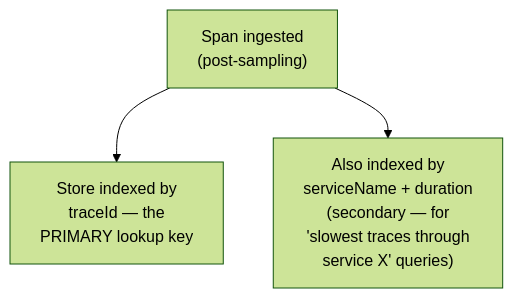
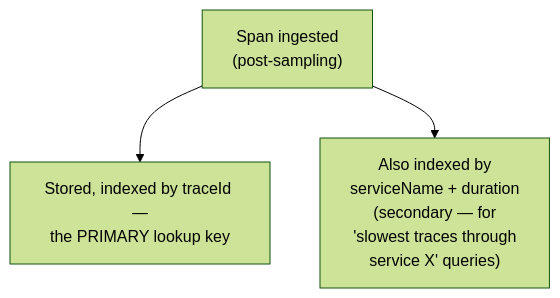
One commit to riyaz-pasha/Learnings changed diagram 12 of 15 in system-design/HLD/0-course/57-Design-a-Distributed-Tracing-System-FAANG-Guide-story.md. Above: the diagram before and after it, drawn with Mermaid (forest theme). The commit also changed other lines of this file and 1 other file, not shown here.

Commit message:
[REWRITE] Distributed Tracing System story guide: simplify prose, add structure, fix diagrams

````diff
--- a/system-design/HLD/0-course/57-Design-a-Distributed-Tracing-System-FAANG-Guide-story.md
+++ b/system-design/HLD/0-course/57-Design-a-Distributed-Tracing-System-FAANG-Guide-story.md
@@ -238,5 +524,5 @@
 ```mermaid
 flowchart TD
-    A["Span ingested\n(post-sampling)"] --> B["Store indexed by\ntraceId — the\nPRIMARY lookup key"]
-    A --> C["Also indexed by\nserviceName + duration\n(secondary — for\n'slowest traces through\nservice X' queries)"]
+    A["Span ingested<br/>(post-sampling)"] --> B["Stored, indexed by traceId —<br/>the PRIMARY lookup key"]
+    A --> C["Also indexed by<br/>serviceName + duration<br/>(secondary — for<br/>'slowest traces through<br/>service X' queries)"]
 ```
````
